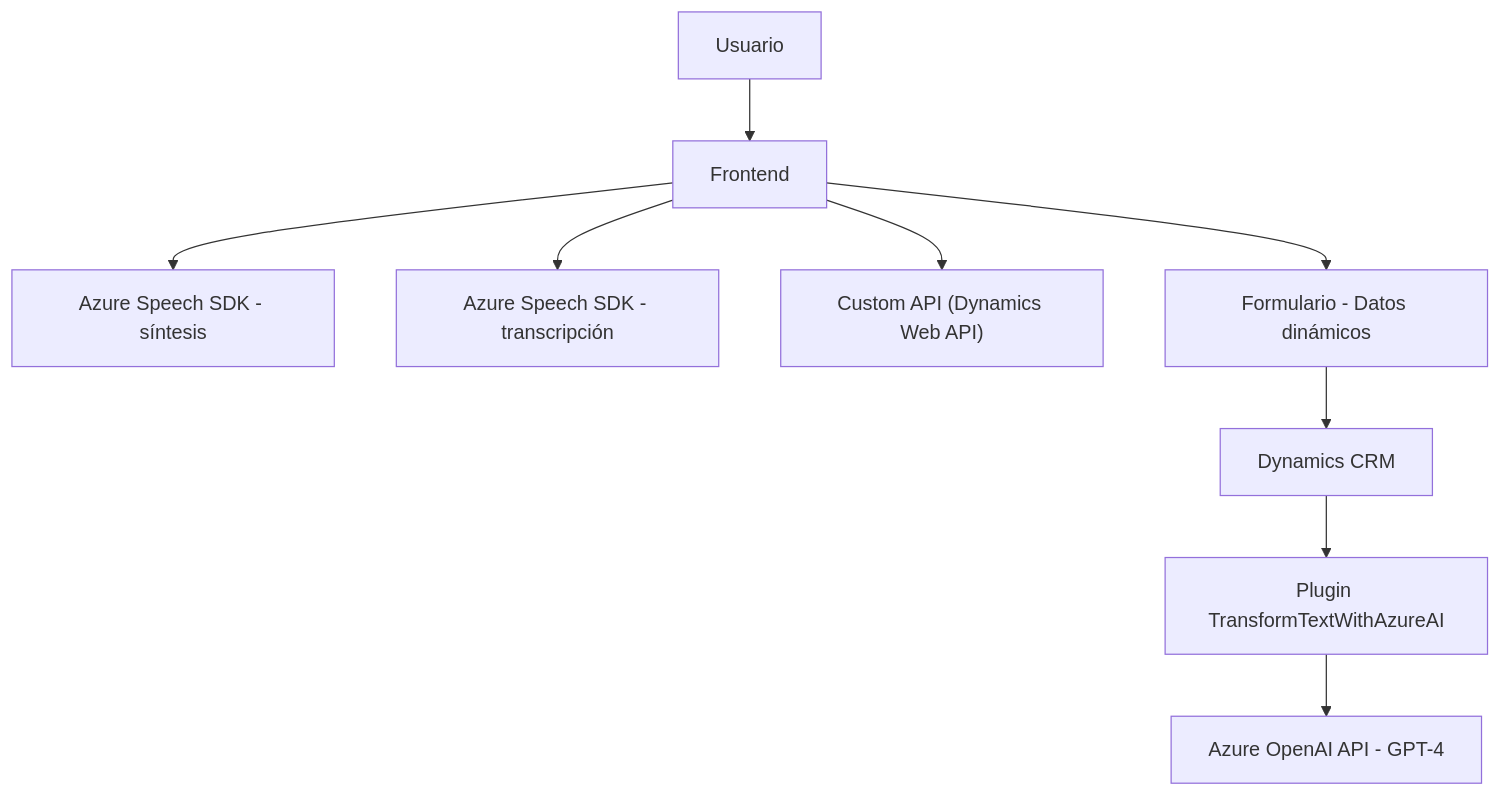
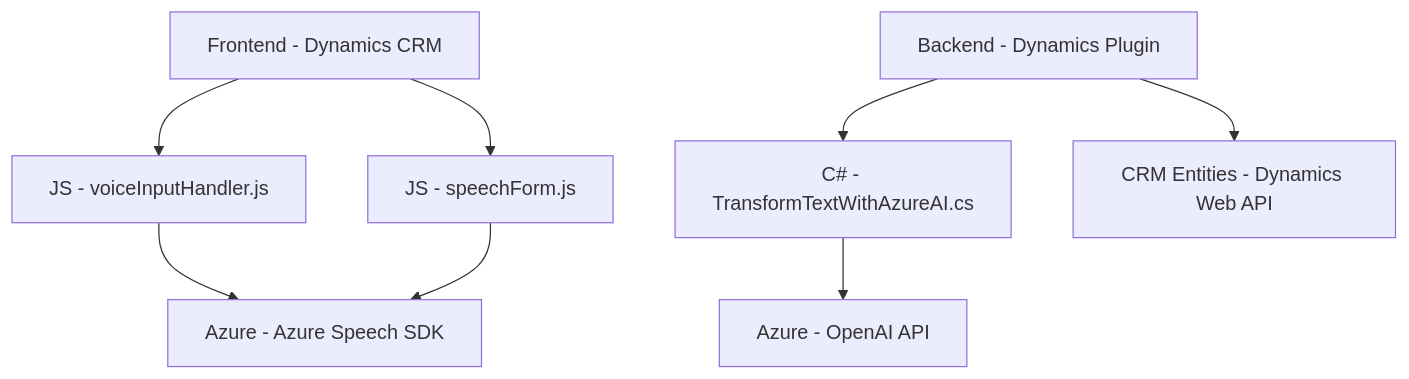
The diagram in README.md (blopezdm/NETCORE_BILBAO2025), drawn with Mermaid before and after one commit. The commit also changed other lines of this file, not shown here.

````diff
--- a/README.md
+++ b/README.md
@@ -51,11 +38,19 @@
 ```mermaid
 graph TD
-  A["Usuario"] --> B["Frontend"]
-  B --> C["Azure Speech SDK - síntesis"]
-  B --> D["Azure Speech SDK - transcripción"]
-  B --> E["Custom API (Dynamics Web API)"]
-  B --> F["Formulario - Datos dinámicos"]
-  F --> J["Dynamics CRM"]
-  J --> G["Plugin TransformTextWithAzureAI"]
-  G --> H["Azure OpenAI API - GPT-4"]
+    A["Frontend - Dynamics CRM"]
+    B["JS - voiceInputHandler.js"]
+    C["JS - speechForm.js"]
+    D["Backend - Dynamics Plugin"]
+    E["C# - TransformTextWithAzureAI.cs"]
+    F["Azure - Azure Speech SDK"]
+    G["Azure - OpenAI API"]
+    H["CRM Entities - Dynamics Web API"]
+
+    A --> B
+    A --> C
+    B --> F
+    C --> F
+    D --> E
+    E --> G
+    D --> H
 ```
````
